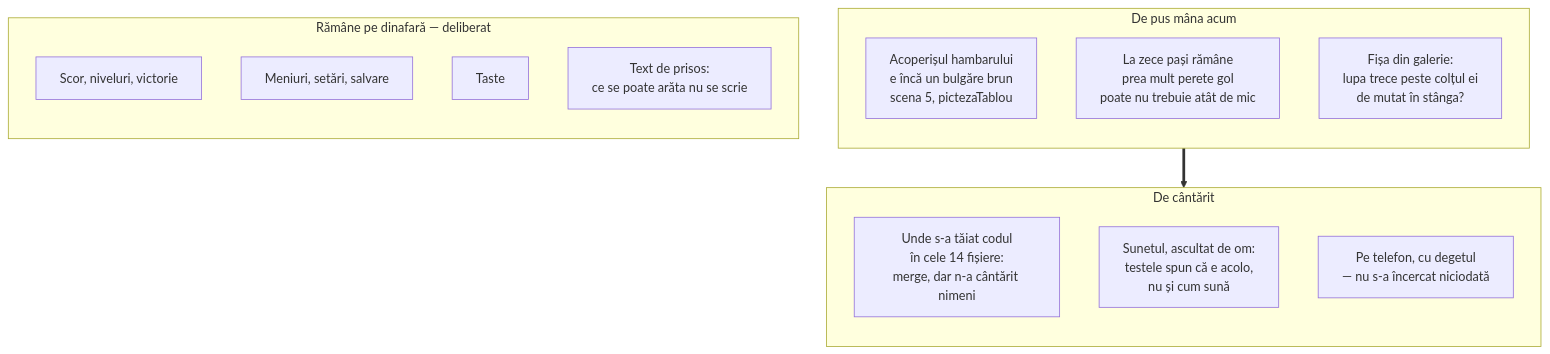
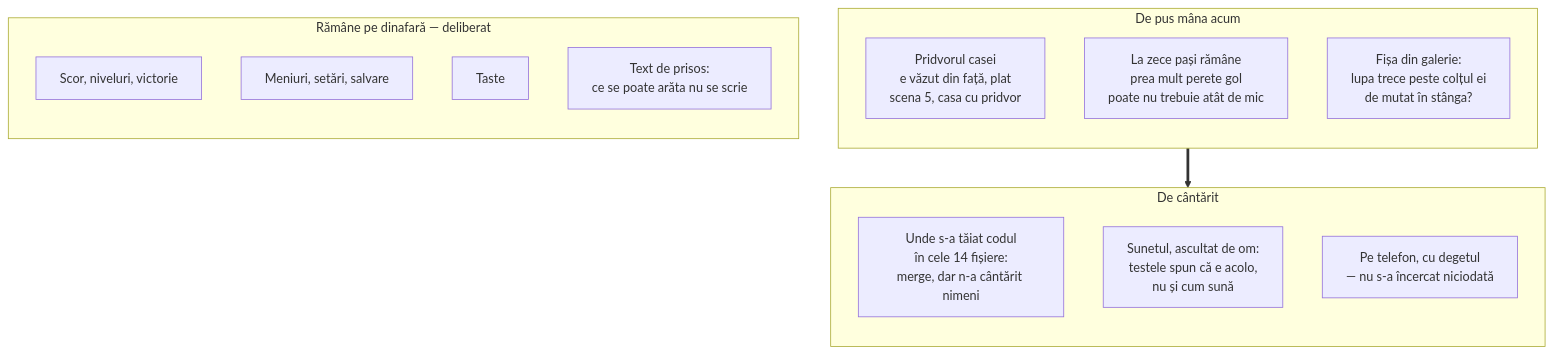
The seventh of 7 diagrams in ARCHITECTURE.md (Whit3G9dNess/Viata-dintr-o-atingere), drawn with Mermaid before and after one commit. The commit also changed 4 other files, not shown here.

````diff
--- a/ARCHITECTURE.md
+++ b/ARCHITECTURE.md
@@ -202,23 +202,23 @@
 ```mermaid
 flowchart TB
   subgraph ACUM["De pus mâna acum"]
     direction TB
-    N1["Acoperișul hambarului<br/>e încă un bulgăre brun<br/>scena 5, pictezaTablou"]
+    N1["Pridvorul casei<br/>e văzut din față, plat<br/>scena 5, casa cu pridvor"]
     N2["La zece pași rămâne<br/>prea mult perete gol<br/>poate nu trebuie atât de mic"]
     N3["Fișa din galerie:<br/>lupa trece peste colțul ei<br/>de mutat în stânga?"]
   end
   subgraph APOI["De cântărit"]
     direction TB
     M1["Unde s-a tăiat codul<br/>în cele 14 fișiere:<br/>merge, dar n-a cântărit nimeni"]
     M2["Sunetul, ascultat de om:<br/>testele spun că e acolo,<br/>nu și cum sună"]
     M3["Pe telefon, cu degetul<br/>— nu s-a încercat niciodată"]
   end
   subgraph NICIODATA["Rămâne pe dinafară — deliberat"]
     direction TB
     X1["Scor, niveluri, victorie"]
     X2["Meniuri, setări, salvare"]
     X3["Taste"]
     X4["Text de prisos:<br/>ce se poate arăta nu se scrie"]
   end
   ACUM ==> APOI
 ```
````
